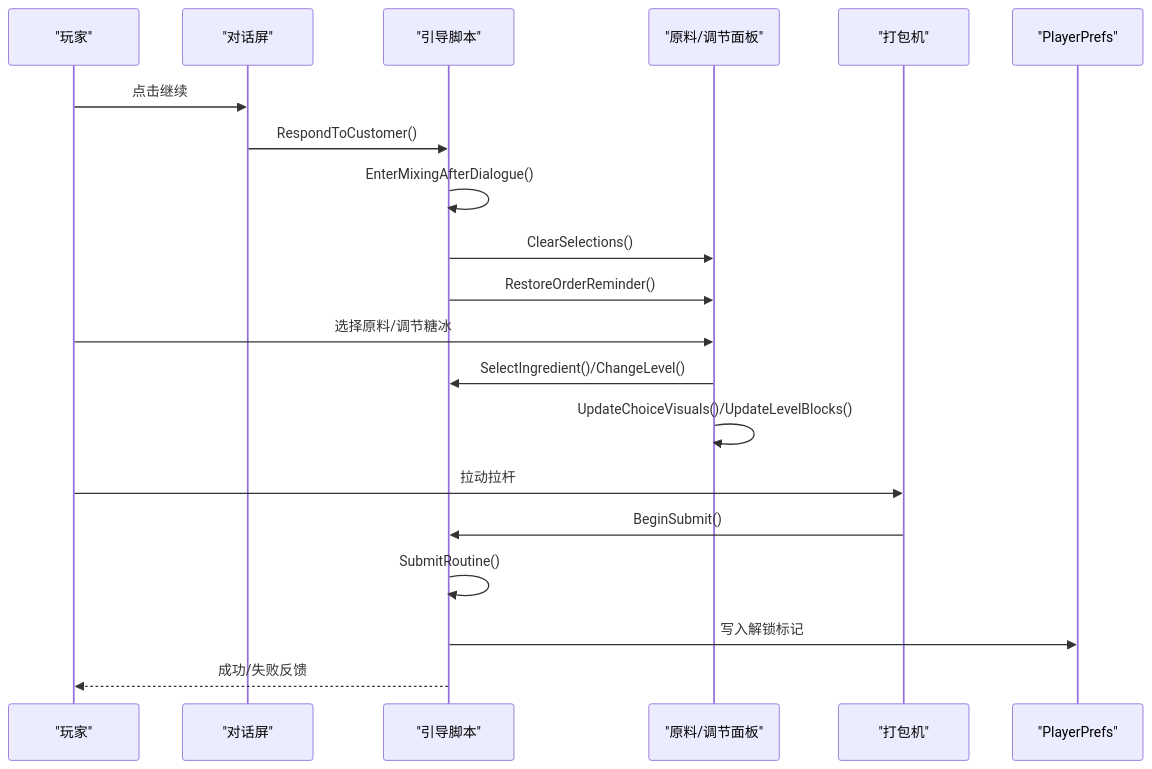
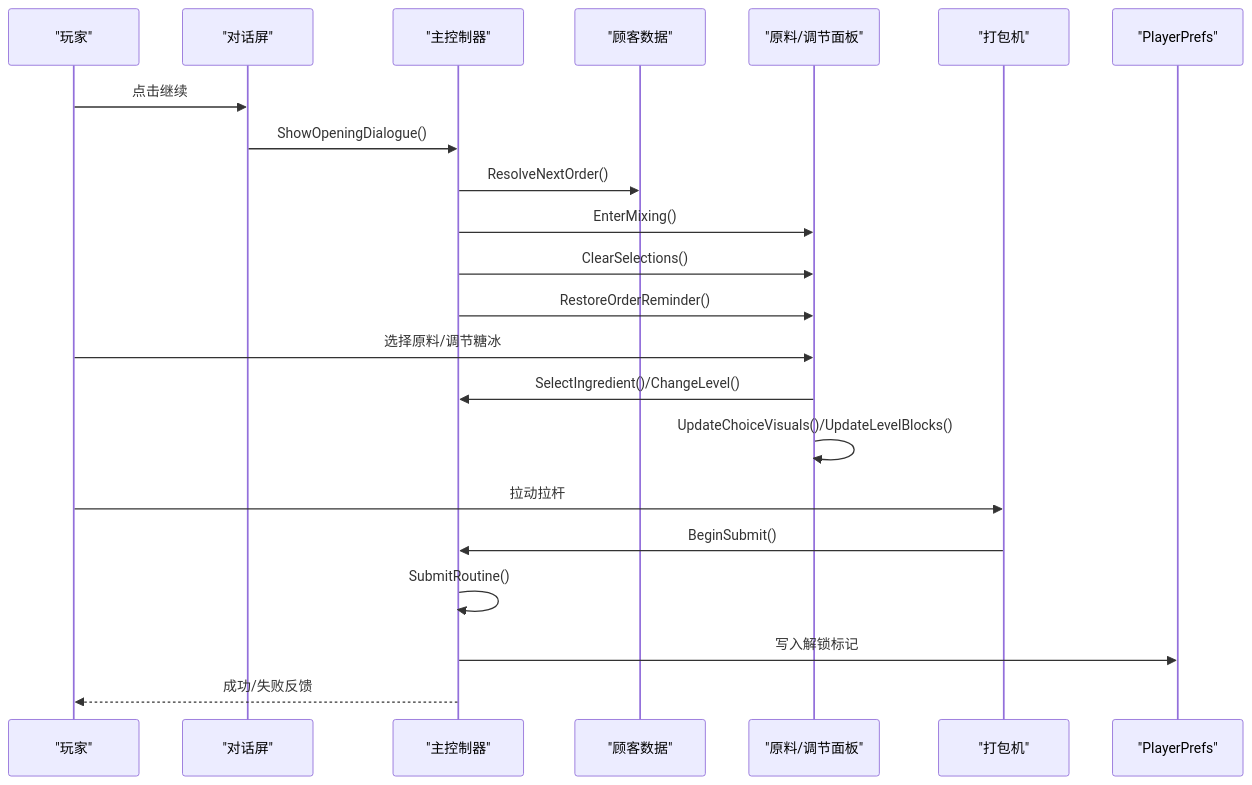
The second of 9 diagrams in .qoder/repowiki/zh/content/原料管理机制.md (Thanatos42/-demo), drawn with Mermaid before and after one commit. The commit also changed other lines of this file and 16 other files, not shown here.

````diff
--- a/.qoder/repowiki/zh/content/原料管理机制.md
+++ b/.qoder/repowiki/zh/content/原料管理机制.md
@@ -83,22 +109,24 @@
 ```mermaid
 sequenceDiagram
 participant User as "玩家"
 participant Dialog as "对话屏"
-participant Bootstrap as "引导脚本"
+participant Controller as "主控制器"
+participant Customer as "顾客数据"
 participant Panel as "原料/调节面板"
 participant Machine as "打包机"
 participant Storage as "PlayerPrefs"
 User->>Dialog : 点击继续
-Dialog->>Bootstrap : RespondToCustomer()
-Bootstrap->>Bootstrap : EnterMixingAfterDialogue()
-Bootstrap->>Panel : ClearSelections()
-Bootstrap->>Panel : RestoreOrderReminder()
+Dialog->>Controller : ShowOpeningDialogue()
+Controller->>Customer : ResolveNextOrder()
+Controller->>Panel : EnterMixing()
+Controller->>Panel : ClearSelections()
+Controller->>Panel : RestoreOrderReminder()
 User->>Panel : 选择原料/调节糖冰
-Panel->>Bootstrap : SelectIngredient()/ChangeLevel()
+Panel->>Controller : SelectIngredient()/ChangeLevel()
 Panel->>Panel : UpdateChoiceVisuals()/UpdateLevelBlocks()
 User->>Machine : 拉动拉杆
-Machine->>Bootstrap : BeginSubmit()
-Bootstrap->>Bootstrap : SubmitRoutine()
-Bootstrap->>Storage : 写入解锁标记
-Bootstrap-->>User : 成功/失败反馈
+Machine->>Controller : BeginSubmit()
+Controller->>Controller : SubmitRoutine()
+Controller->>Storage : 写入解锁标记
+Controller-->>User : 成功/失败反馈
 ```
````
